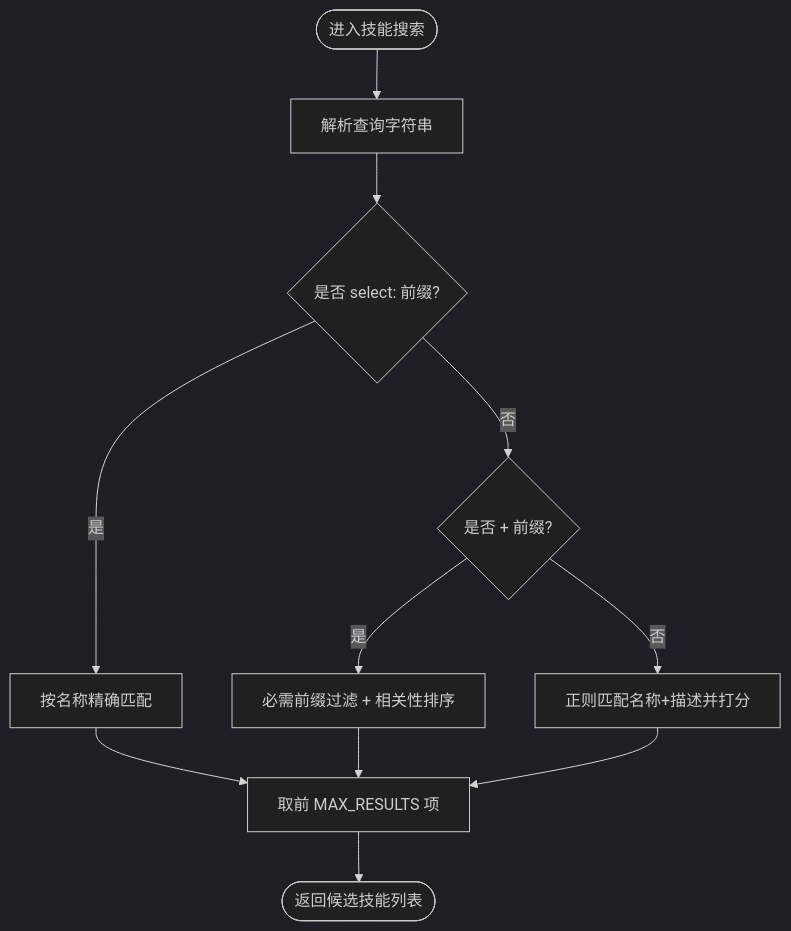
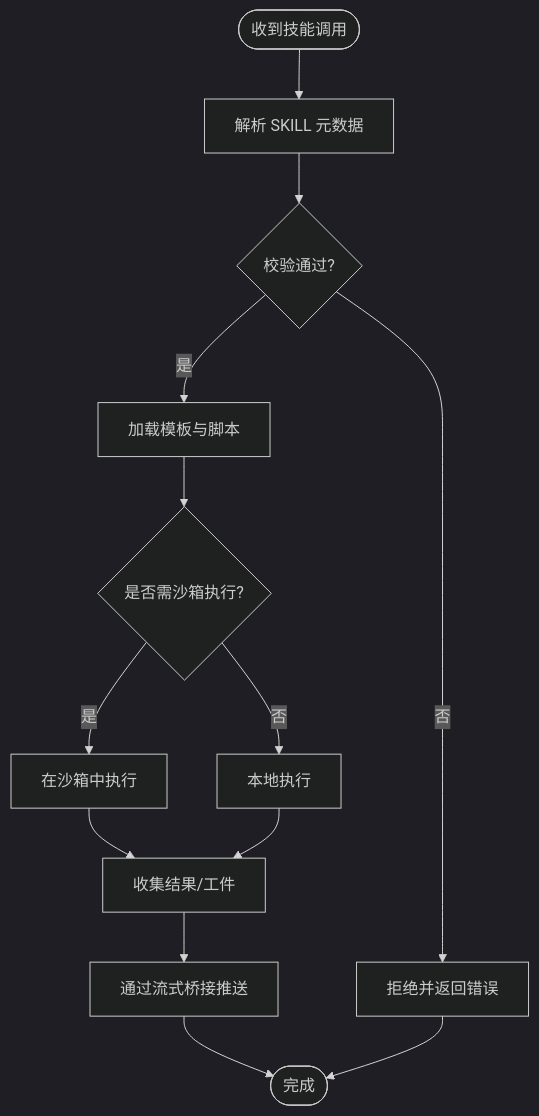
The fourth of 6 diagrams in .qoder/repowiki/zh/content/项目概述/项目概述.md (xfbyxq/deer-flow), drawn with Mermaid (dark theme) before and after one commit. The commit also changed other lines of this file and 621 other files, not shown here.

````diff
--- a/.qoder/repowiki/zh/content/项目概述/项目概述.md
+++ b/.qoder/repowiki/zh/content/项目概述/项目概述.md
@@ -162,13 +264,15 @@
 ```mermaid
 flowchart TD
-Start(["进入技能搜索"]) --> Query["解析查询字符串"]
-Query --> Exact{"是否 select: 前缀?"}
-Exact -- 是 --> Select["按名称精确匹配"]
-Exact -- 否 --> Prefix{"是否 + 前缀?"}
-Prefix -- 是 --> Required["必需前缀过滤 + 相关性排序"]
-Prefix -- 否 --> Regex["正则匹配名称+描述并打分"]
-Select --> TopK["取前 MAX_RESULTS 项"]
-Required --> TopK
-Regex --> TopK
-TopK --> End(["返回候选技能列表"])
+Start(["收到技能调用"]) --> Parse["解析 SKILL 元数据"]
+Parse --> Validate{"校验通过?"}
+Validate -- "否" --> Reject["拒绝并返回错误"]
+Validate -- "是" --> Load["加载模板与脚本"]
+Load --> Sandbox{"是否需沙箱执行?"}
+Sandbox -- "是" --> ExecInSandbox["在沙箱中执行"]
+Sandbox -- "否" --> ExecLocal["本地执行"]
+ExecInSandbox --> Result["收集结果/工件"]
+ExecLocal --> Result
+Result --> Stream["通过流式桥接推送"]
+Stream --> End(["完成"])
+Reject --> End
 ```
````
